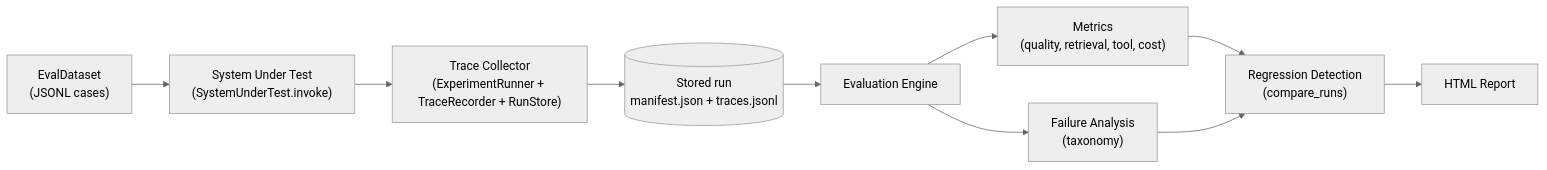
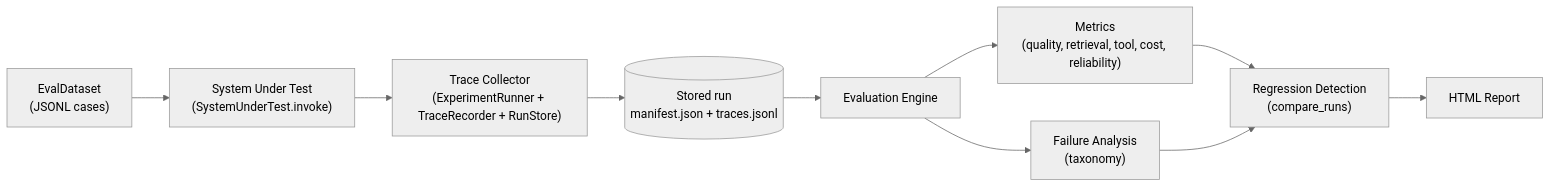
One commit to vaibhav3000/aire changed the second of 4 diagrams in README.md. Above: the diagram before and after it, drawn with Mermaid (neutral theme). The commit also changed other lines of this file and 2 other files, not shown here.

````diff
--- a/README.md
+++ b/README.md
@@ -48,12 +48,12 @@
 ```mermaid
 flowchart LR
     A["EvalDataset<br>(JSONL cases)"] --> B["System Under Test<br>(SystemUnderTest.invoke)"]
     B --> C["Trace Collector<br>(ExperimentRunner + TraceRecorder + RunStore)"]
     C --> D[("Stored run<br>manifest.json + traces.jsonl")]
     D --> E["Evaluation Engine"]
-    E --> F["Metrics<br>(quality, retrieval, tool, cost)"]
+    E --> F["Metrics<br>(quality, retrieval, tool, cost, reliability)"]
     E --> G["Failure Analysis<br>(taxonomy)"]
     F --> H["Regression Detection<br>(compare_runs)"]
     G --> H
     H --> I["HTML Report"]
 ```
````
